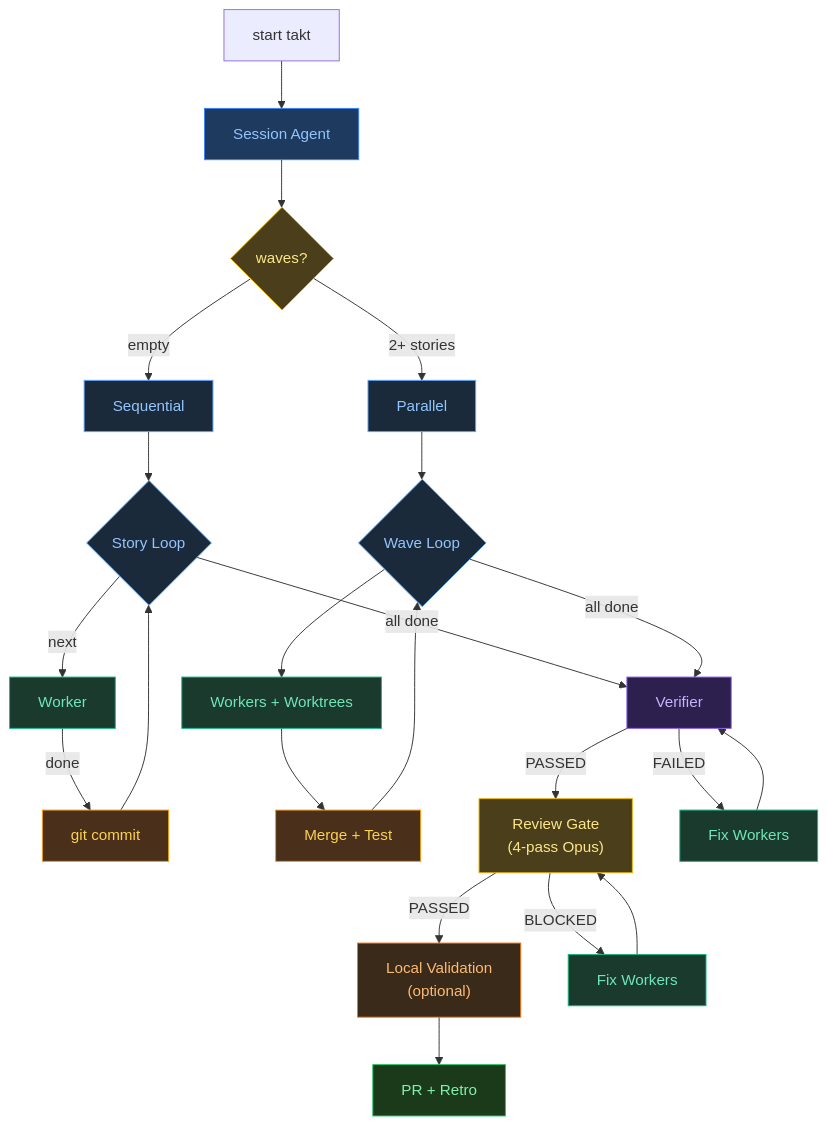
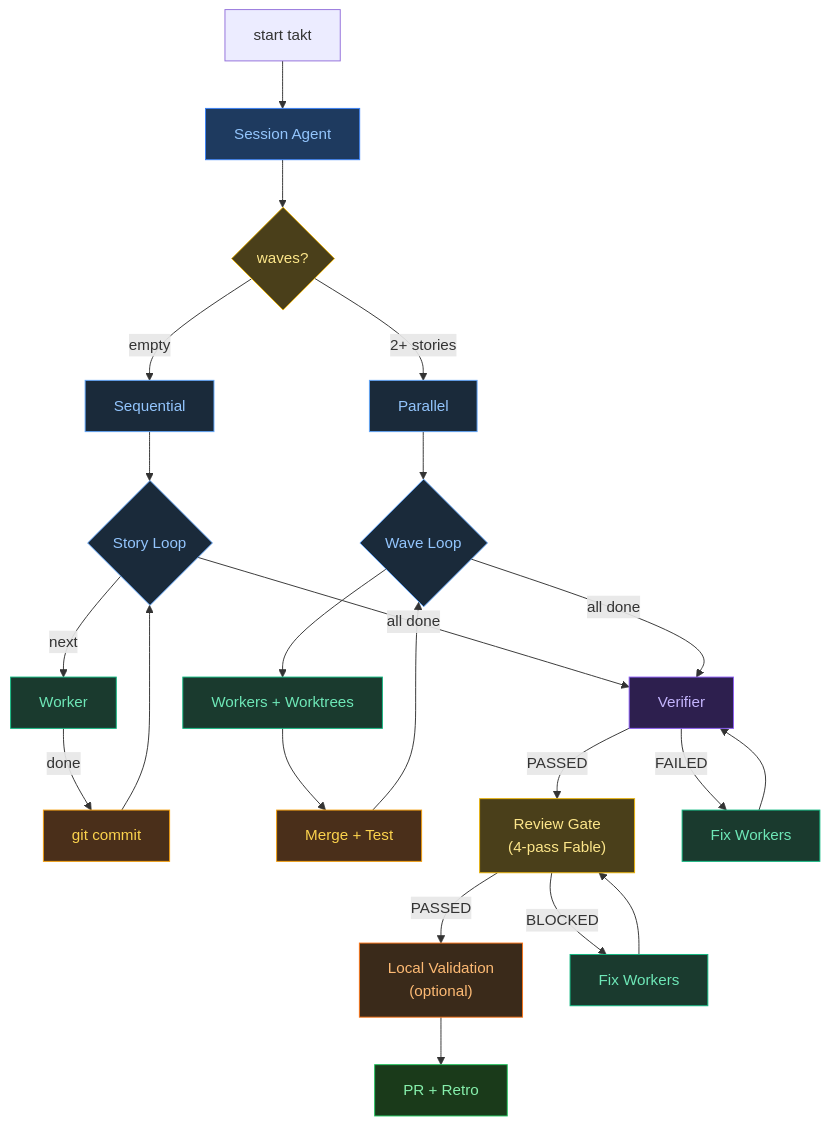
The third of 3 diagrams in README.md (Sebstrdigital/takt), drawn with Mermaid before and after one commit. The commit also changed other lines of this file and 7 other files, not shown here.

First line of the commit message:
feat: move review gate to Fable 5.1 and record per-story attempts

````diff
--- a/README.md
+++ b/README.md
@@ -114,41 +114,41 @@
 ```mermaid
 graph TD
     U["start takt"] --> S["Session Agent"]
     S --> D{"waves?"}
     D -- "empty" --> SQ["Sequential"]
     D -- "2+ stories" --> PL["Parallel"]
     SQ --> L{"Story Loop"}
     PL --> WL{"Wave Loop"}
     L -- "next" --> W["Worker"]
     W -- "done" --> GC["git commit"]
     GC --> L
     WL --> WK["Workers + Worktrees"]
     WK --> MG["Merge + Test"]
     MG --> WL
     L -- "all done" --> SV["Verifier"]
     WL -- "all done" --> SV
-    SV -- "PASSED" --> CR["Review Gate\n(4-pass Opus)"]
+    SV -- "PASSED" --> CR["Review Gate\n(4-pass Fable)"]
     SV -- "FAILED" --> FW["Fix Workers"]
     FW --> SV
     CR -- "PASSED" --> LV["Local Validation\n(optional)"]
     CR -- "BLOCKED" --> FW2["Fix Workers"]
     FW2 --> CR
     LV --> PR["PR + Retro"]
 
     style S fill:#1e3a5f,stroke:#3b82f6,color:#93c5fd
     style D fill:#4a3f1a,stroke:#eab308,color:#fde68a
     style SQ fill:#1a2a3a,stroke:#60a5fa,color:#93c5fd
     style PL fill:#1a2a3a,stroke:#60a5fa,color:#93c5fd
     style W fill:#1a3a2e,stroke:#10b981,color:#6ee7b7
     style WK fill:#1a3a2e,stroke:#10b981,color:#6ee7b7
     style FW fill:#1a3a2e,stroke:#10b981,color:#6ee7b7
     style GC fill:#4a2f1a,stroke:#f59e0b,color:#fcd34d
     style MG fill:#4a2f1a,stroke:#f59e0b,color:#fcd34d
     style SV fill:#2d1f4e,stroke:#8b5cf6,color:#c4b5fd
     style CR fill:#4a3f1a,stroke:#eab308,color:#fde68a
     style LV fill:#3a2a1a,stroke:#f97316,color:#fdba74
     style FW2 fill:#1a3a2e,stroke:#10b981,color:#6ee7b7
     style PR fill:#1a3a1a,stroke:#22c55e,color:#86efac
     style L fill:#1a2a3a,stroke:#60a5fa,color:#93c5fd
     style WL fill:#1a2a3a,stroke:#60a5fa,color:#93c5fd
 ```
````
